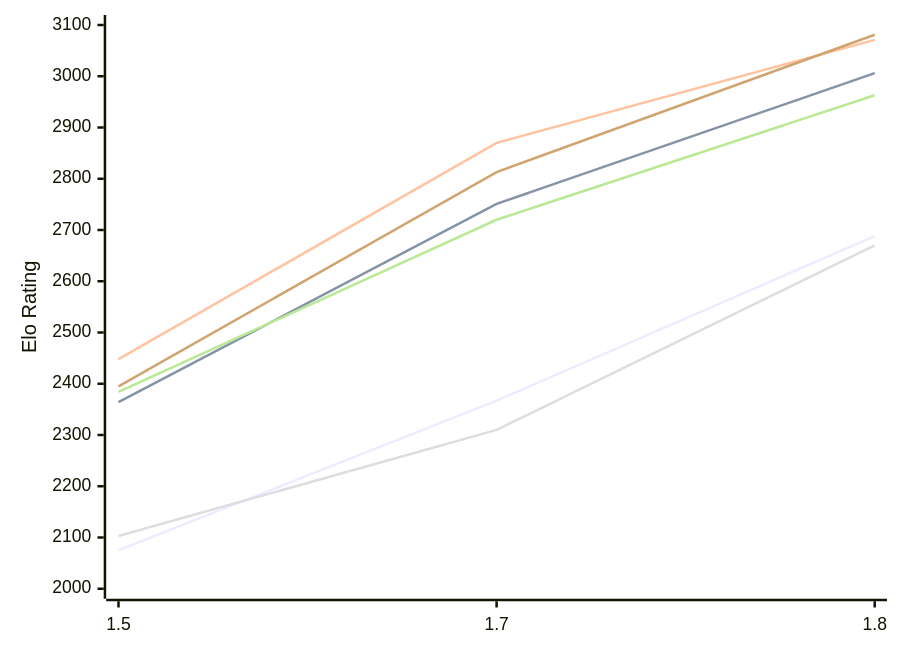
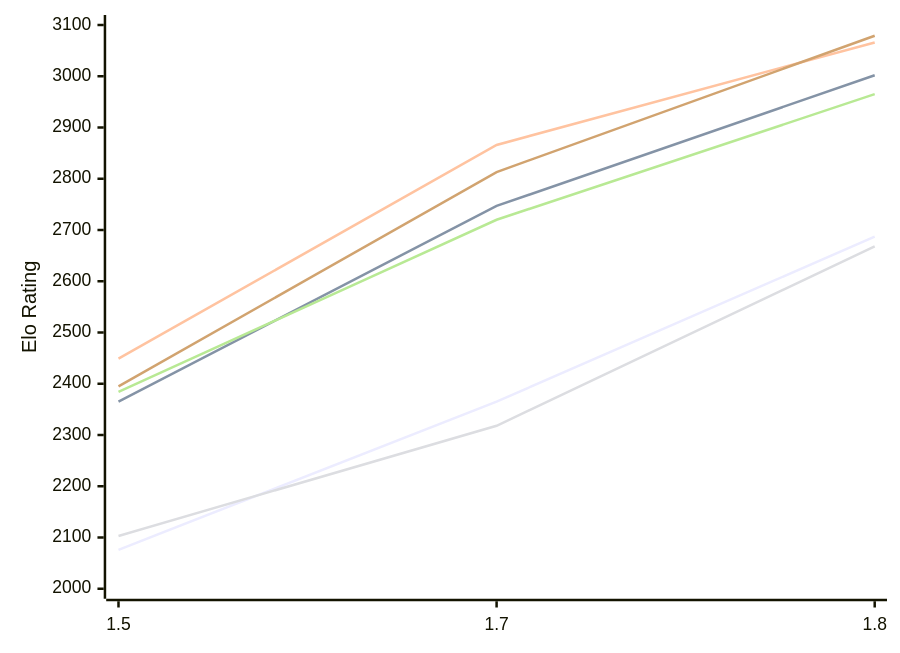
The first of 2 diagrams in engines/Facon.md (computer-chess-index/cci), drawn with Mermaid before and after one commit. The commit also changed other lines of this file, not shown here.

Commit message:
Update CCI Ratings (ELO VLTC) - 2026-11-26

````diff
--- a/engines/Facon.md
+++ b/engines/Facon.md
@@ -54,12 +54,12 @@
 ```mermaid
 %%{init: {"theme":"base","themeVariables":{"seriesColors:['#a3a3a3','#222221','#faa371']}}}%%
 xychart-beta
   x-axis ["1.5", "1.7", "1.8"]
   y-axis "Elo Rating" 2000 --> 3100
-  line "E1: STC (8.0+0.08s)" [2075, 2367, 2688]
-  line "E1: LTC (60.0+0.60s)" [2364, 2751, 3006]
-  line "E1: VLTC (2m24s+1.12s)" [2448, 2870, 3071]
-  line "P1: STC (8.0+0.08s)" [2103, 2310, 2670]
-  line "P1: LTC (60.0+0.60s)" [2384, 2720, 2963]
-  line "P1: VLTC (2m24s+1.12s)" [2395, 2813, 3081]
+  line "E1: STC (8.0+0.08s)" [2076, 2365, 2687]
+  line "E1: LTC (60.0+0.60s)" [2365, 2747, 3002]
+  line "E1: VLTC (2m24s+1.12s)" [2449, 2866, 3066]
+  line "P1: STC (8.0+0.08s)" [2103, 2318, 2668]
+  line "P1: LTC (60.0+0.60s)" [2384, 2720, 2965]
+  line "P1: VLTC (2m24s+1.12s)" [2395, 2813, 3079]
 ```
````
